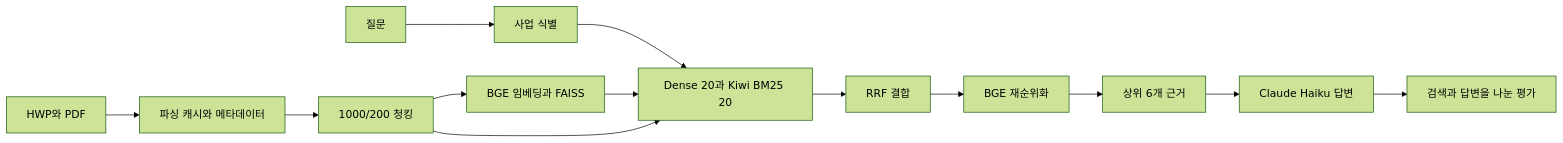
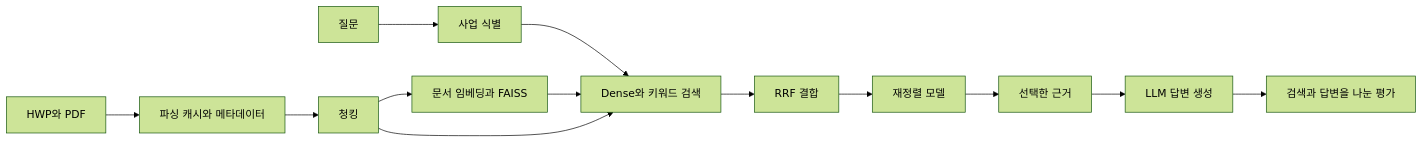
The diagram in README.md (mingilee97/rag-project-part3-2team-main), drawn with Mermaid (forest theme) before and after one commit. The commit also changed other lines of this file and 29 other files, not shown here.

````diff
--- a/README.md
+++ b/README.md
@@ -20,15 +38,15 @@
 ```mermaid
 flowchart LR
     A[HWP와 PDF] --> B[파싱 캐시와 메타데이터]
-    B --> C[1000/200 청킹]
-    C --> D[BGE 임베딩과 FAISS]
+    B --> C[청킹]
+    C --> D[문서 임베딩과 FAISS]
     Q[질문] --> E[사업 식별]
-    E --> F[Dense 20과 Kiwi BM25 20]
+    E --> F[Dense와 키워드 검색]
     D --> F
     C --> F
     F --> G[RRF 결합]
-    G --> H[BGE 재순위화]
-    H --> I[상위 6개 근거]
-    I --> J[Claude Haiku 답변]
+    G --> H[재정렬 모델]
+    H --> I[선택한 근거]
+    I --> J[LLM 답변 생성]
     J --> K[검색과 답변을 나눈 평가]
 ```
````
